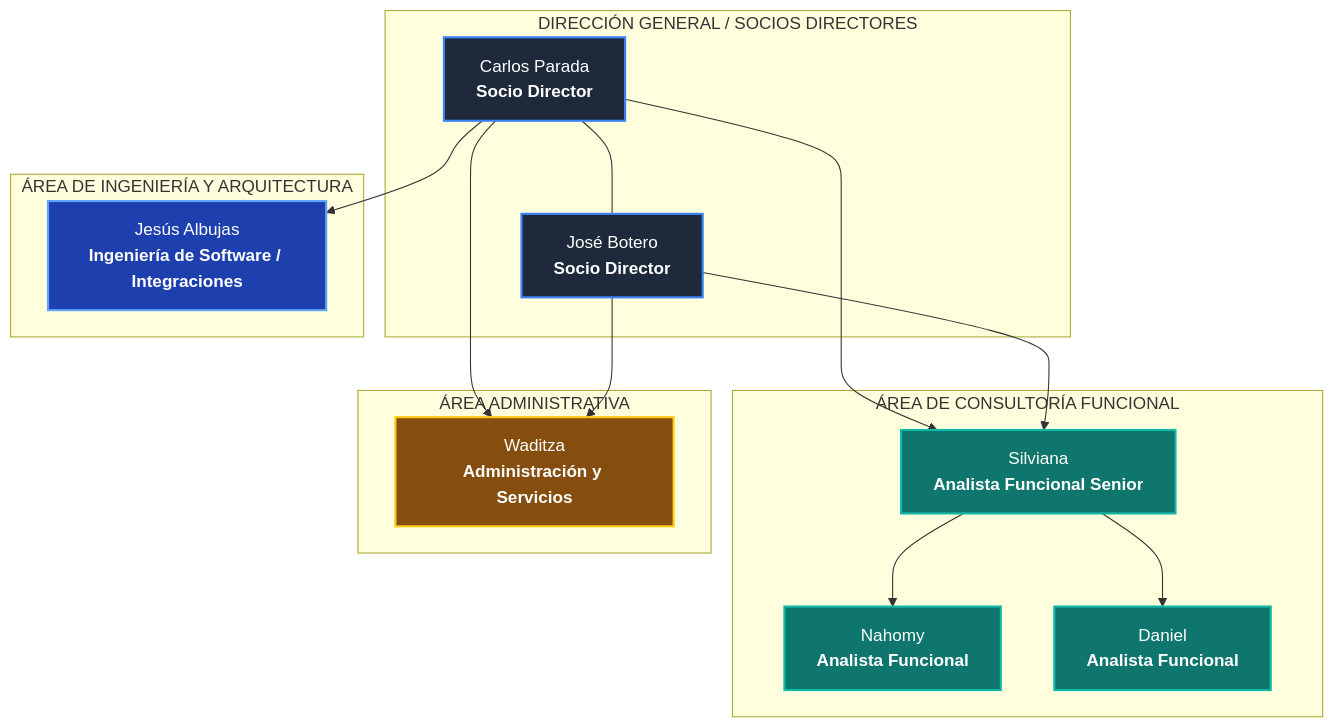
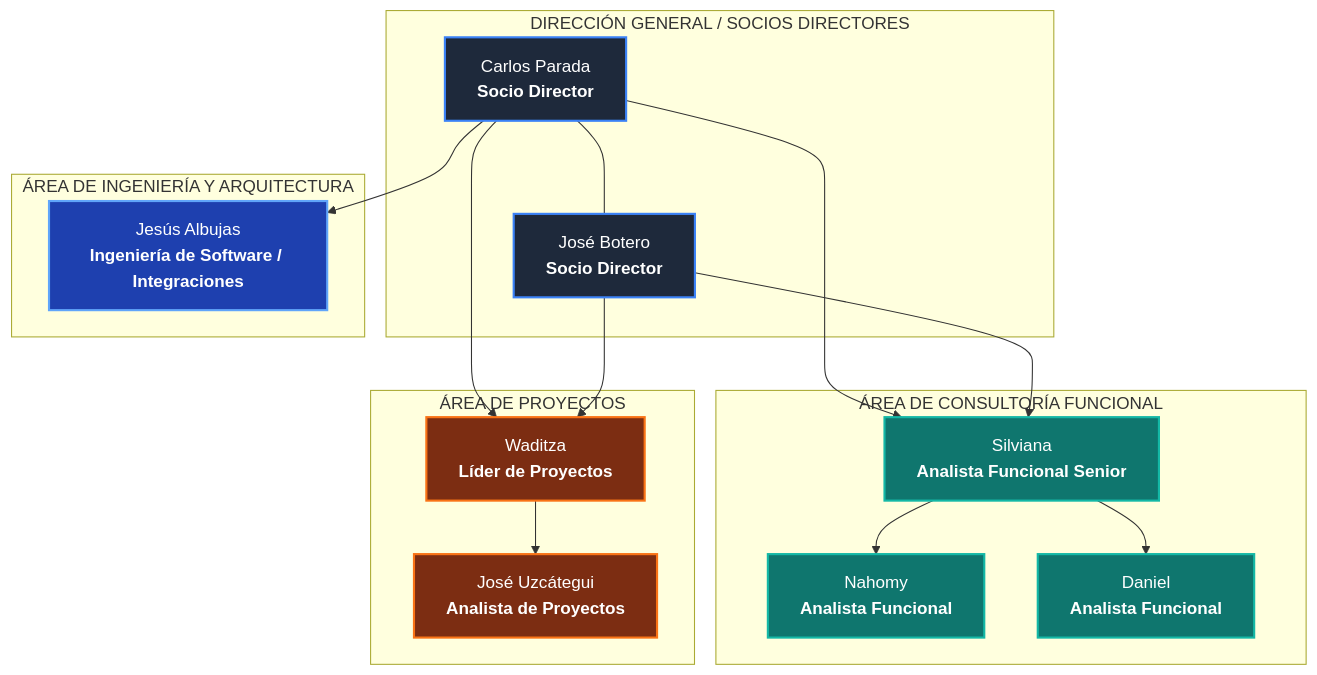
One commit to jesusalbujas/CONTROL-PST changed the diagram in docs/proyectos/pst-4-organigrama-guia.md. Above: the diagram before and after it, drawn with Mermaid. The commit also changed other lines of this file and 2 other files, not shown here.

Commit message:
docs(pst-4): correct Waditza to Projects area with Jose Uzcategui

````diff
--- a/docs/proyectos/pst-4-organigrama-guia.md
+++ b/docs/proyectos/pst-4-organigrama-guia.md
@@ -30,41 +31,44 @@
 ```mermaid
 graph TD
     subgraph sub_Direccion ["DIRECCIÓN GENERAL / SOCIOS DIRECTORES"]
         CP["Carlos Parada<br><b>Socio Director</b>"]
         JB["José Botero<br><b>Socio Director</b>"]
     end
 
     subgraph sub_Funcional ["ÁREA DE CONSULTORÍA FUNCIONAL"]
         SIL["Silviana<br><b>Analista Funcional Senior</b>"]
         NAH["Nahomy<br><b>Analista Funcional</b>"]
         DAN["Daniel<br><b>Analista Funcional</b>"]
     end
 
     subgraph sub_Tecnica ["ÁREA DE INGENIERÍA Y ARQUITECTURA"]
         JA["Jesús Albujas<br><b>Ingeniería de Software / Integraciones</b>"]
     end
 
-    subgraph sub_Admin ["ÁREA ADMINISTRATIVA"]
-        WAD["Waditza<br><b>Administración y Servicios</b>"]
+    subgraph sub_Proyectos ["ÁREA DE PROYECTOS"]
+        WAD["Waditza<br><b>Líder de Proyectos</b>"]
+        JUZ["José Uzcátegui<br><b>Analista de Proyectos</b>"]
     end
 
     CP --- JB
     CP --> SIL
     JB --> SIL
     SIL --> NAH
     SIL --> DAN
 
     CP --> JA
+
     CP --> WAD
     JB --> WAD
+    WAD --> JUZ
 
     classDef dir fill:#1e293b,stroke:#3b82f6,stroke-width:2px,color:#fff;
     classDef func fill:#0f766e,stroke:#14b8a6,stroke-width:2px,color:#fff;
     classDef tec fill:#1e40af,stroke:#60a5fa,stroke-width:2px,color:#fff;
-    classDef adm fill:#854d0e,stroke:#facc15,stroke-width:2px,color:#fff;
+    classDef proy fill:#7c2d12,stroke:#f97316,stroke-width:2px,color:#fff;
 
     class CP,JB dir;
     class SIL,NAH,DAN func;
     class JA tec;
-    class WAD adm;
+    class WAD,JUZ proy;
 ```
````
